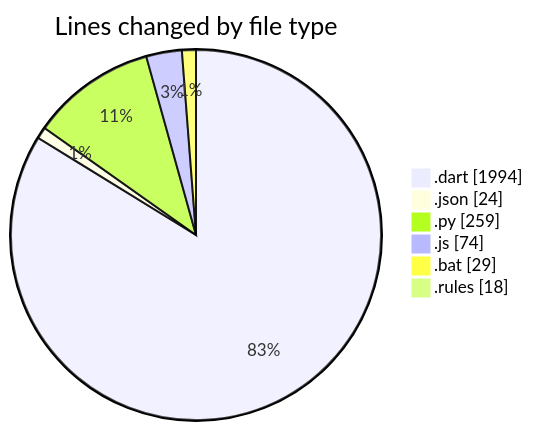
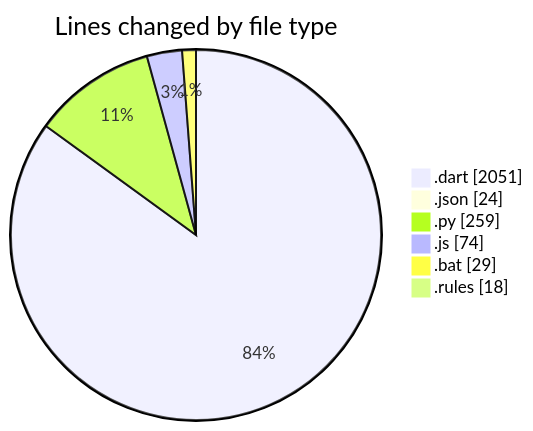
Before and after one commit to lephambinh05/code-tracking: the first of 2 diagrams in 2025-08-04/studybuddy/README.md, drawn with Mermaid. The commit also changed other lines of this file and 1 other file, not shown here.

````diff
--- a/2025-08-04/studybuddy/README.md
+++ b/2025-08-04/studybuddy/README.md
@@ -43,10 +44,10 @@
 ```mermaid
 pie showData
 title Lines changed by file type
-".dart" : 1994
+".dart" : 2051
 ".json" : 24
 ".py" : 259
 ".js" : 74
 ".bat" : 29
 ".rules" : 18
 ```
````
